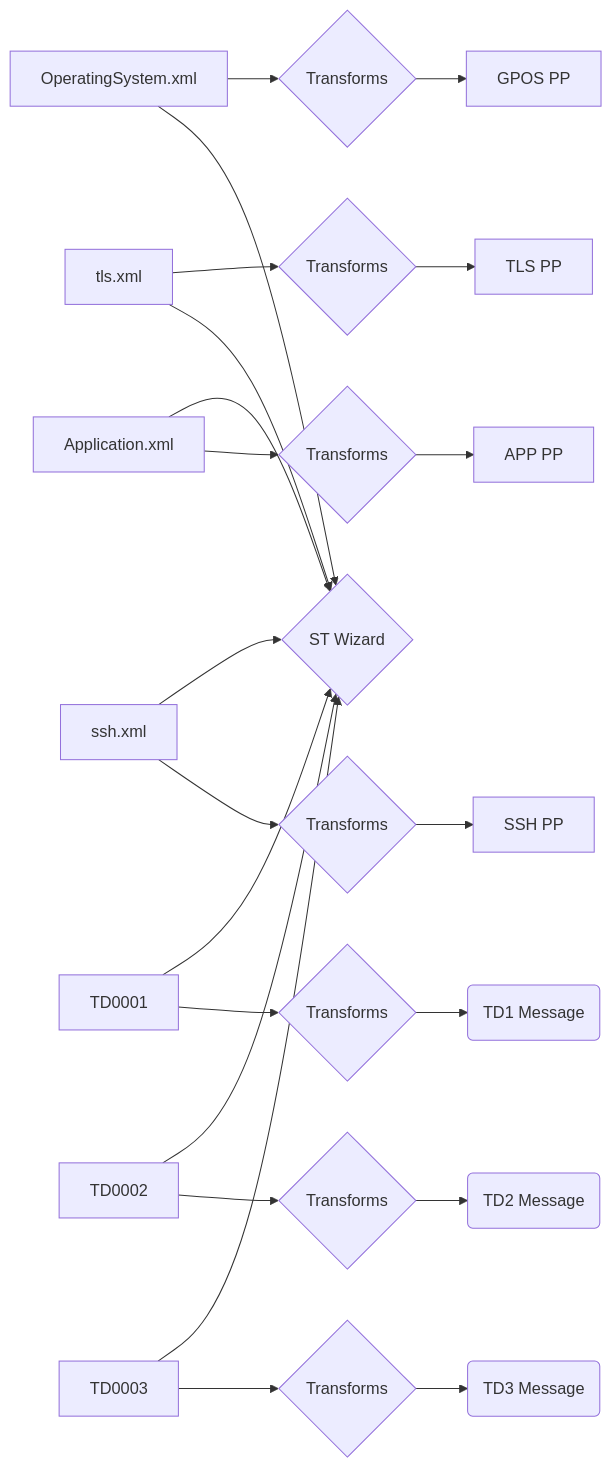
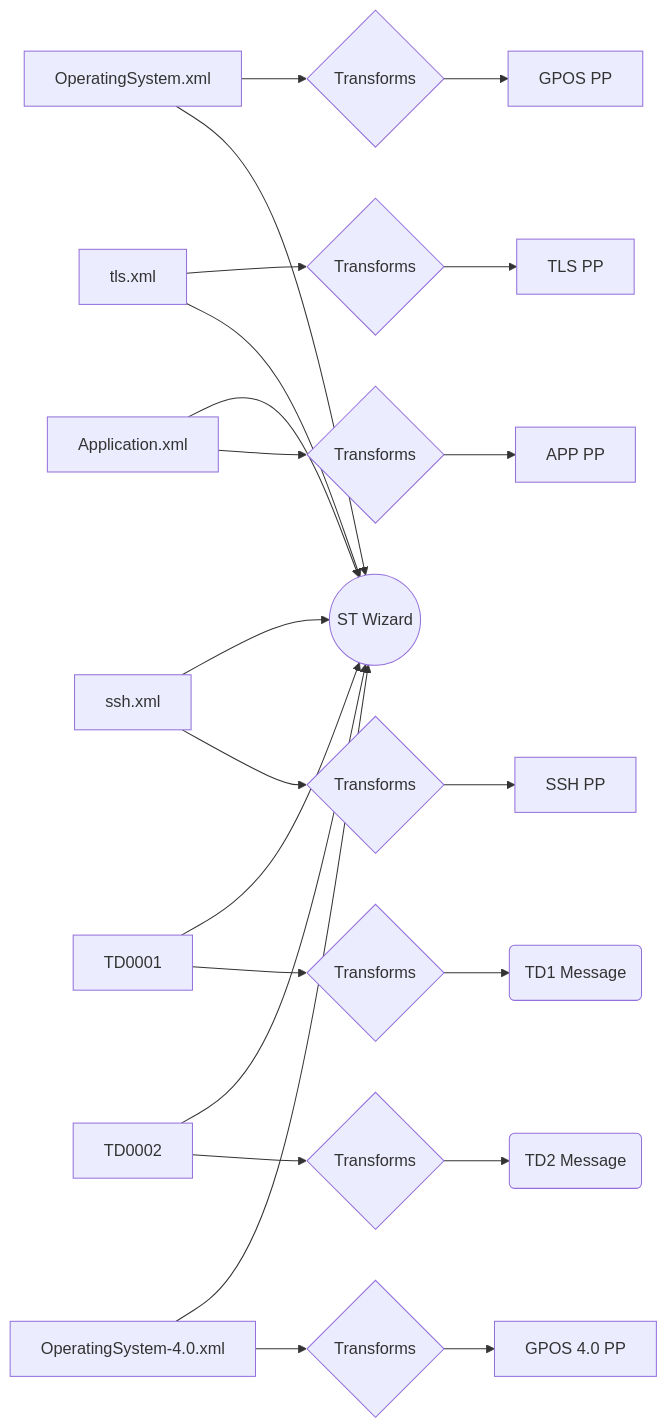
One commit to commoncriteria/pp-st-wizard changed the diagram in Diagram.md. Above: the diagram before and after it, drawn with Mermaid.

````diff
--- a/Diagram.md
+++ b/Diagram.md
@@ -2,19 +2,19 @@
 ```mermaid
 graph LR
     OSXML[OperatingSystem.xml] --> OST{Transforms} --> OSPP[GPOS PP]
     TLS_XML[tls.xml] --> TLS_T{Transforms} --> TLS_PP[TLS PP]
 
     TLS_XML --> STWIZ
-    OSXML   --> STWIZ{ST Wizard}
+    OSXML   --> STWIZ((ST Wizard))
     APP_XML --> STWIZ
     SSH_XML --> STWIZ
     TD1     --> STWIZ
-    TD2     --> STWIZ
-    TD3     --> STWIZ
+    TD2         --> STWIZ
+    OS_PREV_XML --> STWIZ
 
     SSH_XML[ssh.xml] --> SSH_T{Transforms} --> SSH_PP[SSH PP]
     APP_XML[Application.xml] --> APP_T{Transforms} --> APP_PP[APP PP]
     TD1[TD0001] --> TD1_T{Transforms} --> TD1_M(TD1 Message)
     TD2[TD0002] --> TD2_T{Transforms} --> TD2_M(TD2 Message)
-    TD3[TD0003] --> TD3_T{Transforms} --> TD3_M(TD3 Message)
+    OS_PREV_XML[OperatingSystem-4.0.xml] --> OS4_T{Transforms} --> OS_4_PP[GPOS 4.0 PP]
 ```
````
